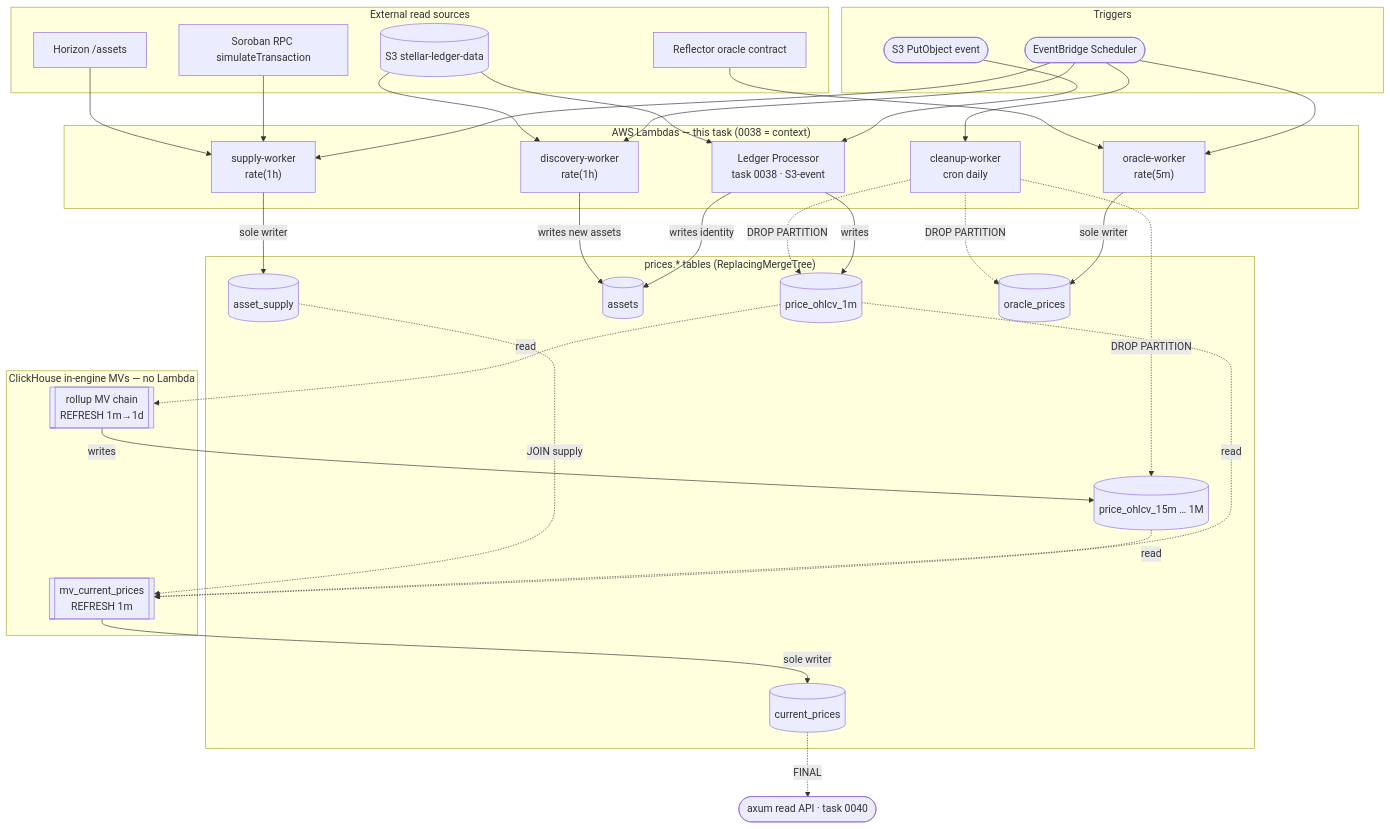
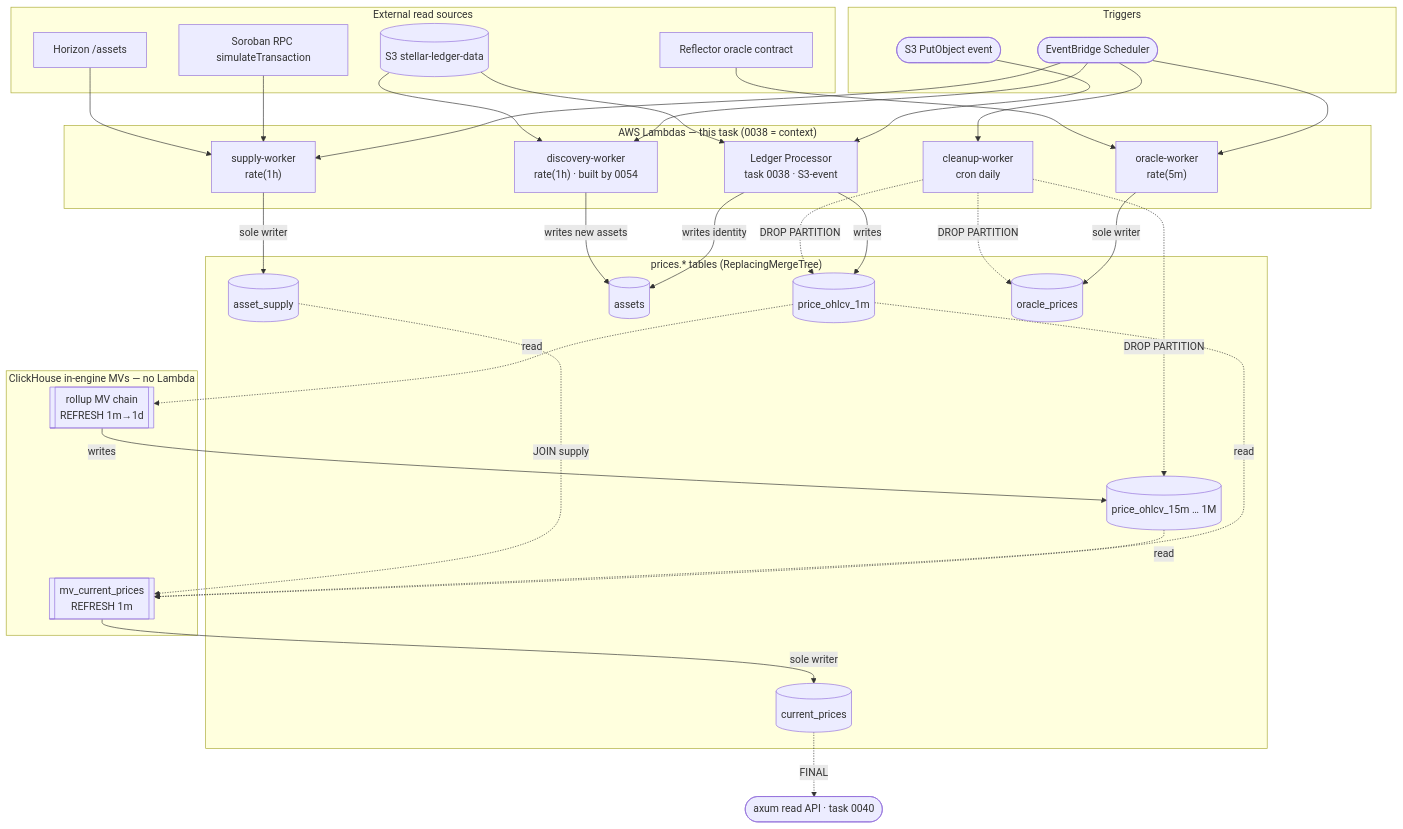
Before and after one commit to rumblefishdev/stellar-prices-api: the diagram in lore/1-tasks/active/0039_FEATURE_prices-periodic-workers-lambda-set.md, drawn with Mermaid. The commit also changed other lines of this file and 1 other file, not shown here.

First line of the commit message:
docs(lore-0039): resolve Q#2 → Option A (0054 owns discovery, 0039 reuses)

````diff
--- a/lore/1-tasks/active/0039_FEATURE_prices-periodic-workers-lambda-set.md
+++ b/lore/1-tasks/active/0039_FEATURE_prices-periodic-workers-lambda-set.md
@@ -223,70 +239,70 @@
 ```mermaid
 flowchart TB
   subgraph TRIG[Triggers]
     EB([EventBridge Scheduler])
     S3EV([S3 PutObject event])
   end
 
   subgraph EXT[External read sources]
     LDG[(S3 stellar-ledger-data)]
     RPC[Soroban RPC simulateTransaction]
     HOR[Horizon /assets]
     REF[Reflector oracle contract]
   end
 
   subgraph LAM["AWS Lambdas — this task (0038 = context)"]
     LP["Ledger Processor<br/>task 0038 · S3-event"]
     OW["oracle-worker<br/>rate(5m)"]
-    DW["discovery-worker<br/>rate(1h)"]
+    DW["discovery-worker<br/>rate(1h) · built by 0054"]
     SW["supply-worker<br/>rate(1h)"]
     CW["cleanup-worker<br/>cron daily"]
   end
 
   subgraph MVS["ClickHouse in-engine MVs — no Lambda"]
     MVR[["rollup MV chain<br/>REFRESH 1m→1d"]]
     MVC[["mv_current_prices<br/>REFRESH 1m"]]
   end
 
   subgraph TBL["prices.* tables (ReplacingMergeTree)"]
     P1[(price_ohlcv_1m)]
     PN[(price_ohlcv_15m … 1M)]
     AS[(assets)]
     SUP[(asset_supply)]
     OP[(oracle_prices)]
     CP[(current_prices)]
   end
 
   %% triggers
   EB --> OW & DW & SW & CW
   S3EV --> LP
 
   %% ledger processor (context)
   LDG --> LP
   LP -->|writes| P1
   LP -->|writes identity| AS
 
   %% rollup + current-price MVs
   P1 -.->|read| MVR
   MVR -->|writes| PN
   P1 -.->|read| MVC
   PN -.->|read| MVC
   SUP -.->|JOIN supply| MVC
   MVC -->|sole writer| CP
 
   %% workers → their own tables
   REF --> OW
   OW -->|sole writer| OP
   LDG --> DW
   DW -->|writes new assets| AS
   RPC --> SW
   HOR --> SW
   SW -->|sole writer| SUP
 
   %% cleanup (retention)
   CW -.->|DROP PARTITION| P1
   CW -.->|DROP PARTITION| PN
   CW -.->|DROP PARTITION| OP
 
   %% read surface (context)
   CP -.->|FINAL| API([axum read API · task 0040])
 ```
````
